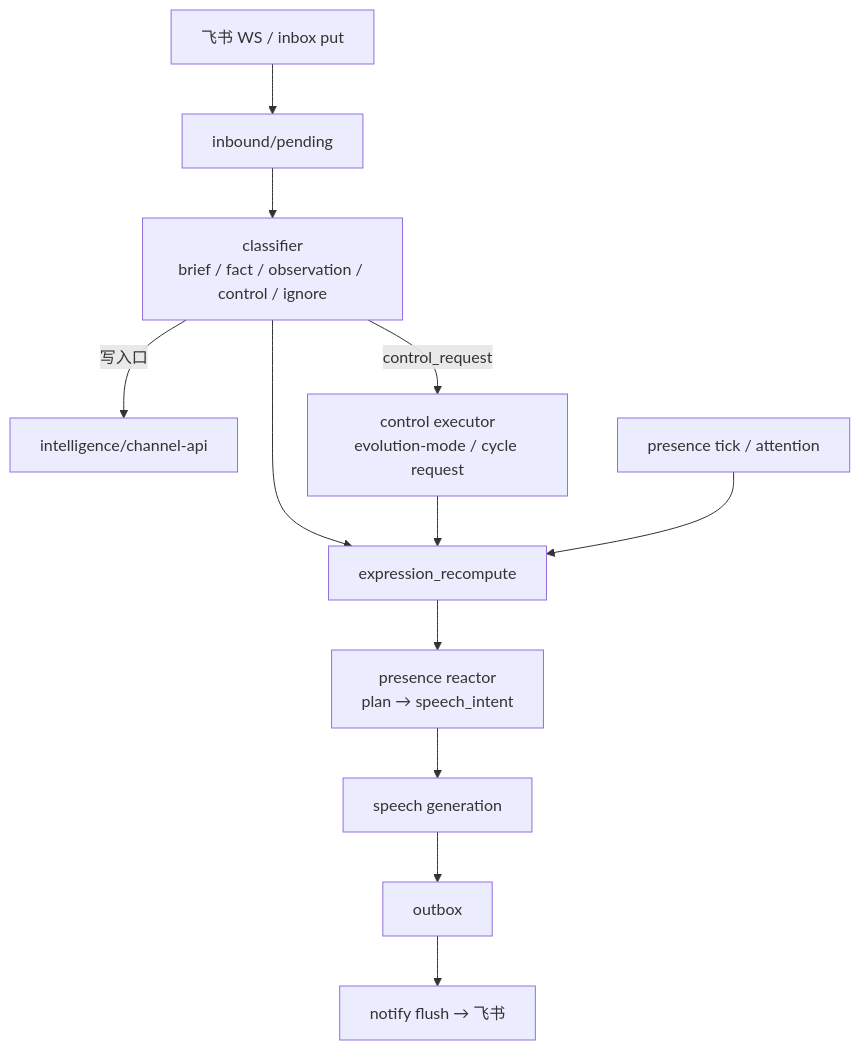
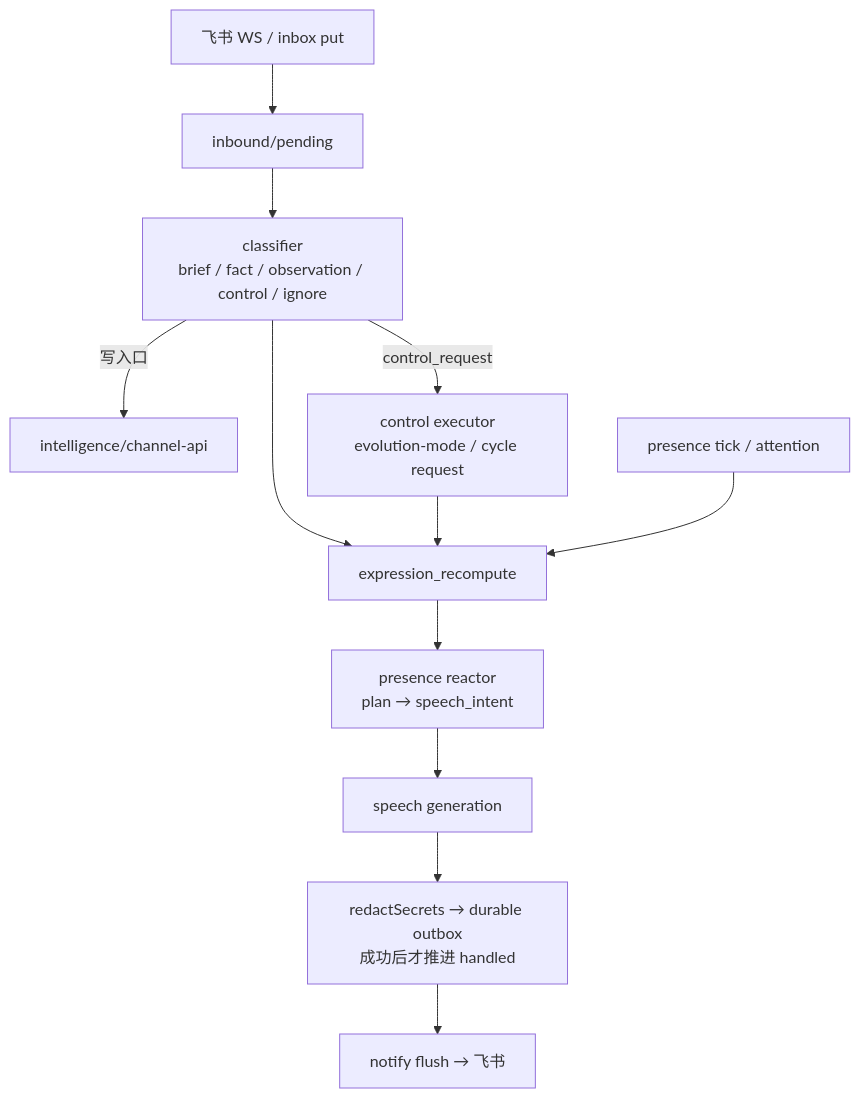
The seventh of 9 diagrams in docs/mechanism-diagram.md (imjszhang/js-evolution-agent), drawn with Mermaid before and after one commit. The commit also changed other lines of this file and 237 other files, not shown here.

````diff
--- a/docs/mechanism-diagram.md
+++ b/docs/mechanism-diagram.md
@@ -164,14 +168,14 @@
 ```mermaid
 flowchart TB
   FS["飞书 WS / inbox put"] --> IN["inbound/pending"]
   IN --> CL["classifier<br/>brief / fact / observation / control / ignore"]
   CL -->|写入口| API["intelligence/channel-api"]
   CL -->|control_request| CTRL["control executor<br/>evolution-mode / cycle request"]
   CL --> WAKE["expression_recompute"]
   CTRL --> WAKE
   Tick["presence tick / attention"] --> WAKE
   WAKE --> PR["presence reactor<br/>plan → speech_intent"]
   PR --> SP["speech generation"]
-  SP --> OB["outbox"]
+  SP --> OB["redactSecrets → durable outbox<br/>成功后才推进 handled"]
   OB --> NT["notify flush → 飞书"]
 ```
````
